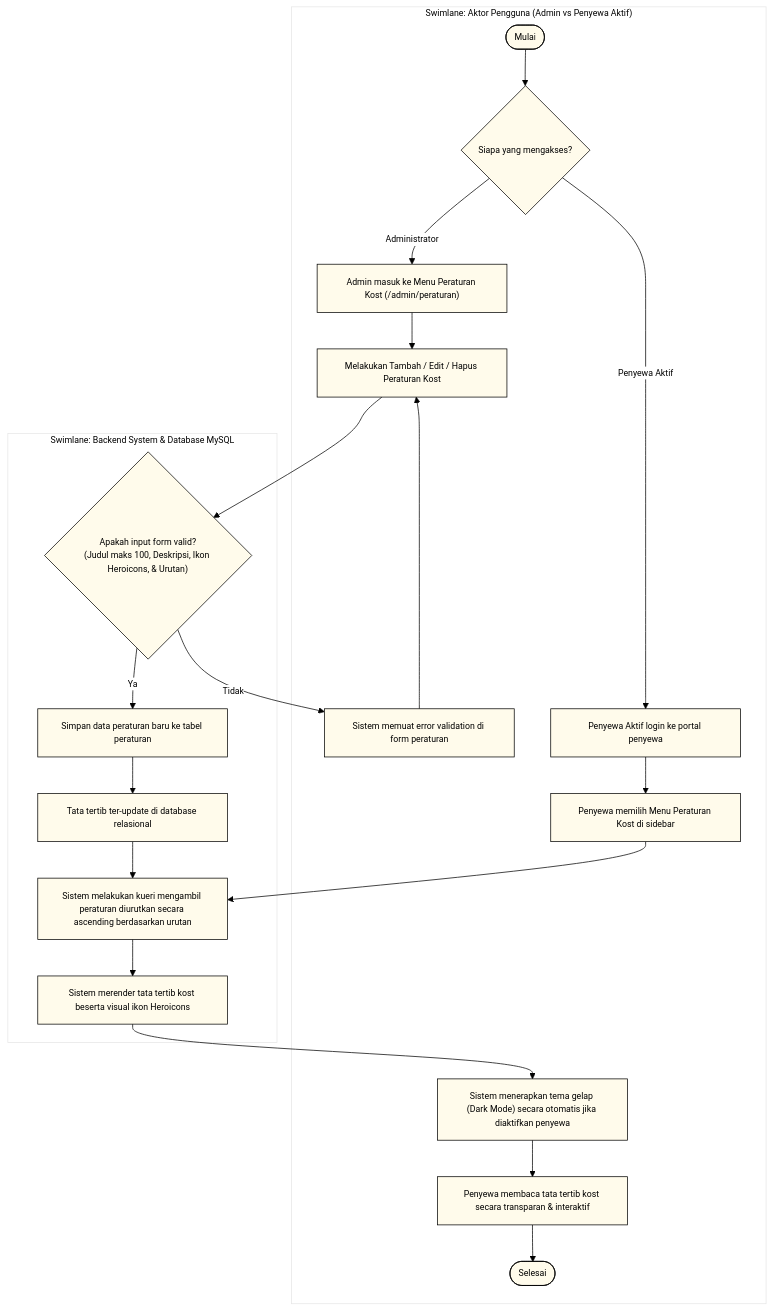
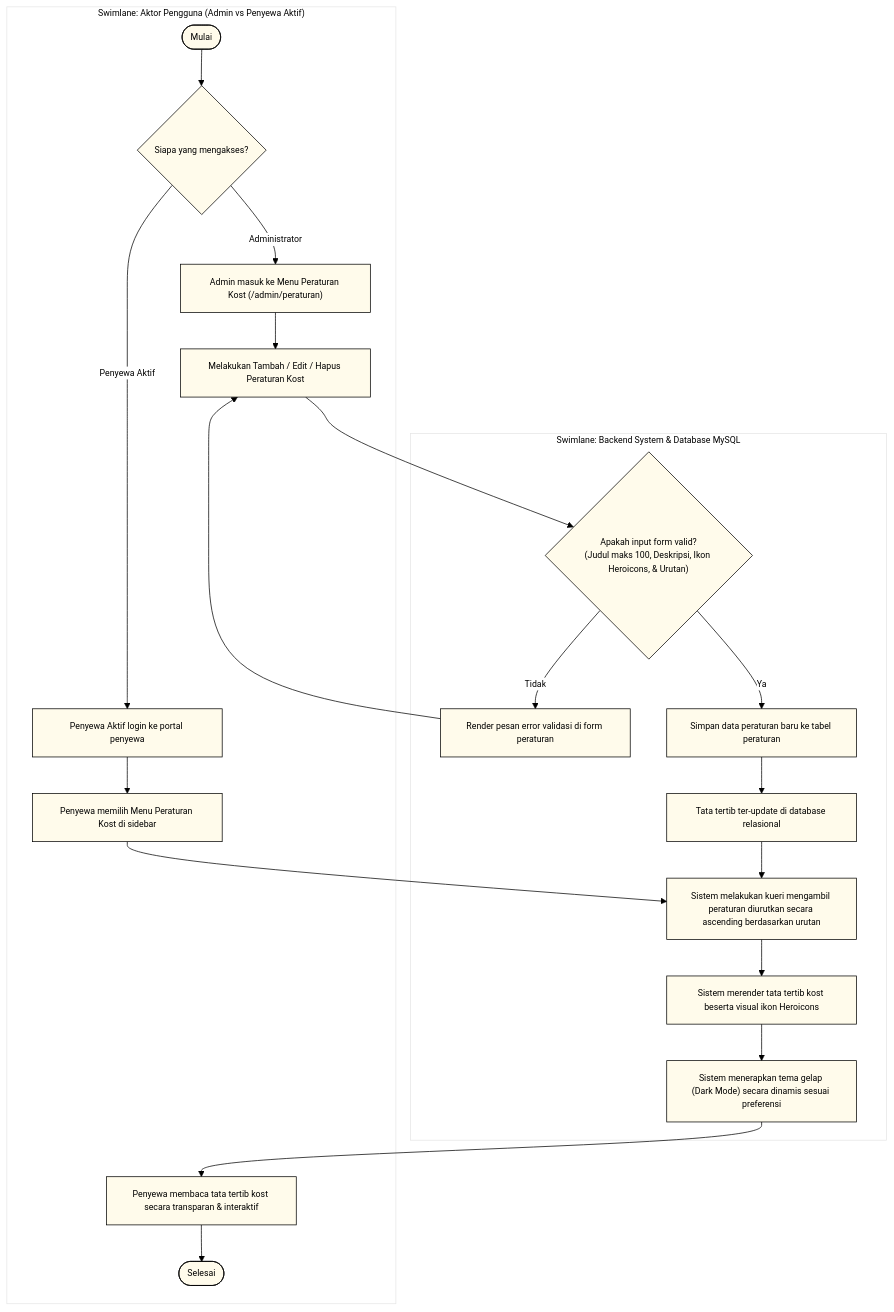
Before and after one commit to rafifarsyapradiva/asri-boarding-house: the diagram in Blueprint/activity/alur_manajemen_peraturan.mmd, drawn with Mermaid. The commit also changed 21 other files, not shown here.

Commit message:
docs(blueprint): audit forensik, rekonstruksi semantik swimlane & finalisasi mutlak activity diagram UML 2.5 (v236.0)

```diff
--- a/Blueprint/activity/alur_manajemen_peraturan.mmd
+++ b/Blueprint/activity/alur_manajemen_peraturan.mmd
@@ -1,41 +1,41 @@
 %%{init: {
   'theme': 'base',
   'themeVariables': {
     'primaryColor': '#FFFBEB',
     'primaryTextColor': '#000000',
     'primaryBorderColor': '#000000',
     'lineColor': '#000000',
     'secondaryColor': '#FDE047',
     'tertiaryColor': '#FFFFFF',
     'edgeLabelBackground': '#FFFFFF',
     'fontSize': '12px',
     'fontFamily': 'Inter, system-ui, sans-serif'
   }
 }}%%
 flowchart TD
     subgraph Swimlane_Actors ["Swimlane: Aktor Pengguna (Admin vs Penyewa Aktif)"]
         Start([Mulai]) --> IdentifikasiAkses{"Siapa yang mengakses?"}
         
         %% Admin
         IdentifikasiAkses -- "Administrator" --> BukaAdminPeraturan["Admin masuk ke Menu Peraturan Kost (/admin/peraturan)"]
         BukaAdminPeraturan --> CRUDPeraturan["Melakukan Tambah / Edit / Hapus Peraturan Kost"]
-        TampilErrorValidation["Sistem memuat error validation di form peraturan"] --> CRUDPeraturan
         
         %% Penyewa
         IdentifikasiAkses -- "Penyewa Aktif" --> LoginPortal["Penyewa Aktif login ke portal penyewa"]
         LoginPortal --> KlikMenuPeraturan["Penyewa memilih Menu Peraturan Kost di sidebar"]
-        AdaptasiDarkMode["Sistem menerapkan tema gelap (Dark Mode) secara otomatis jika diaktifkan penyewa"] --> BacaPeraturan["Penyewa membaca tata tertib kost secara transparan & interaktif"]
-        BacaPeraturan --> SelesaiPenyewa([Selesai])
+        BacaPeraturan["Penyewa membaca tata tertib kost secara transparan & interaktif"] --> SelesaiPenyewa([Selesai])
     end
 
     subgraph Swimlane_Backend ["Swimlane: Backend System & Database MySQL"]
         CRUDPeraturan --> ValidasiPeraturan{"Apakah input form valid?<br>(Judul maks 100, Deskripsi, Ikon Heroicons, & Urutan)"}
-        ValidasiPeraturan -- Tidak --> TampilErrorValidation
+        ValidasiPeraturan -- Tidak --> TampilErrorValidation["Render pesan error validasi di form peraturan"]
+        TampilErrorValidation --> CRUDPeraturan
         ValidasiPeraturan -- Ya --> SimpanPeraturanDB["Simpan data peraturan baru ke tabel peraturan"]
         SimpanPeraturanDB --> SelesaiUpdateDB["Tata tertib ter-update di database relasional"]
         
         KlikMenuPeraturan --> QueryPeraturanDB["Sistem melakukan kueri mengambil peraturan diurutkan secara ascending berdasarkan urutan"]
         SelesaiUpdateDB --> QueryPeraturanDB
         QueryPeraturanDB --> RenderPeraturan["Sistem merender tata tertib kost beserta visual ikon Heroicons"]
-        RenderPeraturan --> AdaptasiDarkMode
+        RenderPeraturan --> AdaptasiDarkMode["Sistem menerapkan tema gelap (Dark Mode) secara dinamis sesuai preferensi"]
+        AdaptasiDarkMode --> BacaPeraturan
     end
```
